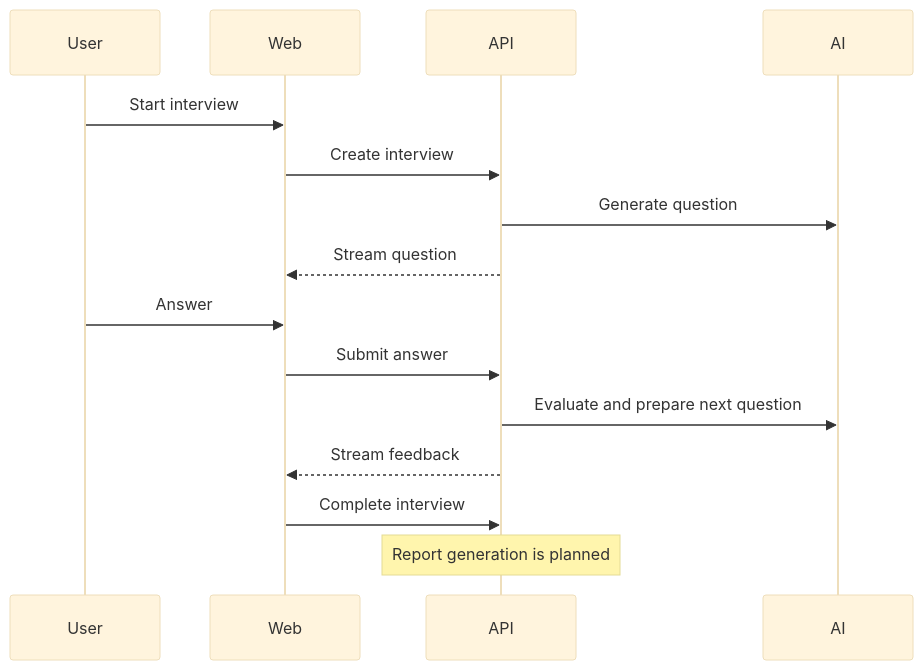
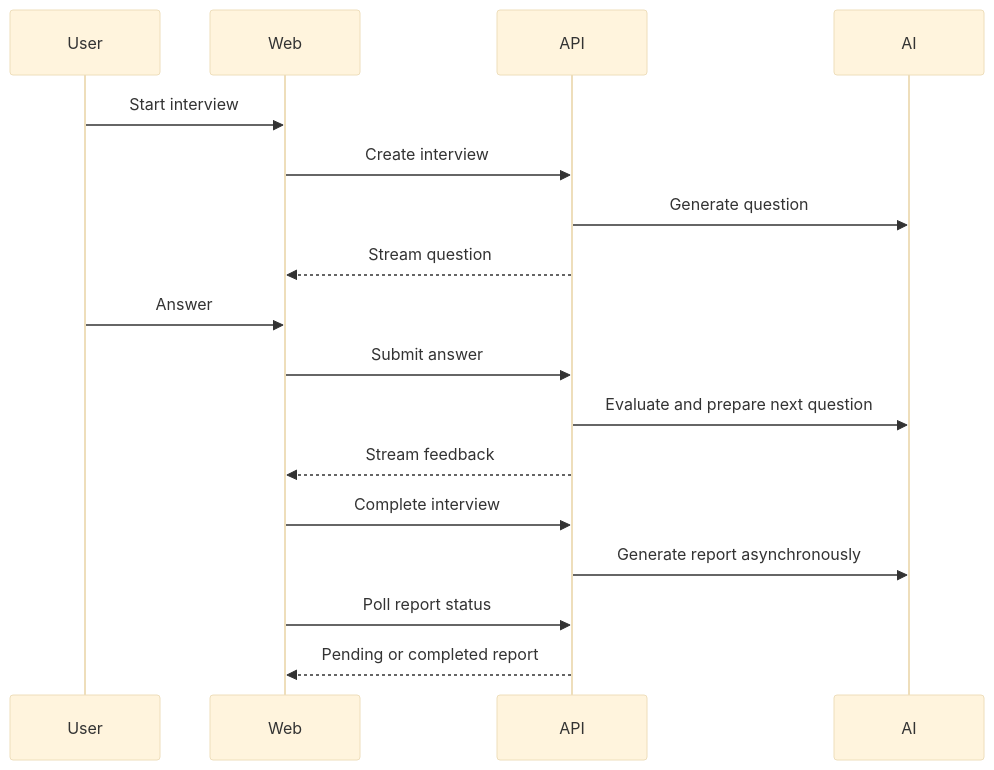
One commit to paraggupta007/SkillZen---Skill-and-Improvement changed the fourth of 4 diagrams in docs/ARCHITECTURE.md. Above: the diagram before and after it, drawn with Mermaid (base theme). The commit also changed other lines of this file and 25 other files, not shown here.

````diff
--- a/docs/ARCHITECTURE.md
+++ b/docs/ARCHITECTURE.md
@@ -45,17 +45,19 @@
 ```mermaid
 sequenceDiagram
   participant User
   participant Web
   participant API
   participant AI
   User->>Web: Start interview
   Web->>API: Create interview
   API->>AI: Generate question
   API-->>Web: Stream question
   User->>Web: Answer
   Web->>API: Submit answer
   API->>AI: Evaluate and prepare next question
   API-->>Web: Stream feedback
   Web->>API: Complete interview
-  Note over API: Report generation is planned
+  API->>AI: Generate report asynchronously
+  Web->>API: Poll report status
+  API-->>Web: Pending or completed report
 ```
````
